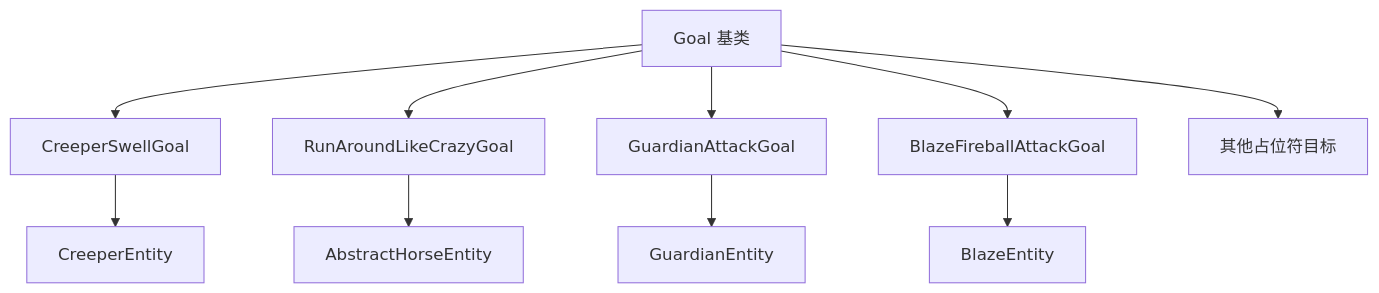
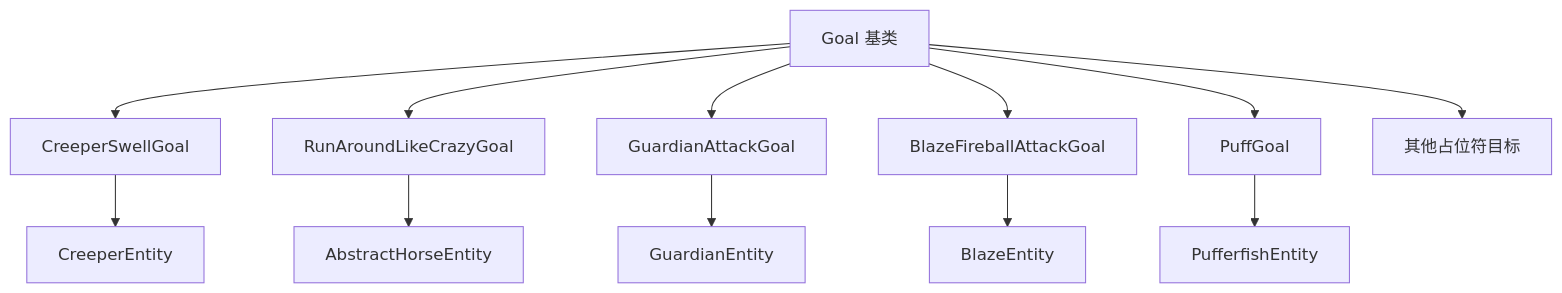
Before and after one commit to g122622/Cubium: the diagram in src/common/entity/ai/goal/goals/special/README.md, drawn with Mermaid. The commit also changed other lines of this file and 2 other files, not shown here.

First line of the commit message:
docs(entity): 更新河豚膨胀目标文档并增强测试用例

````diff
--- a/src/common/entity/ai/goal/goals/special/README.md
+++ b/src/common/entity/ai/goal/goals/special/README.md
@@ -233,13 +298,15 @@
 ```mermaid
 graph TD
     A[Goal 基类] --> B[CreeperSwellGoal]
     A --> C[RunAroundLikeCrazyGoal]
     A --> D[GuardianAttackGoal]
     A --> E[BlazeFireballAttackGoal]
-    A --> F[其他占位符目标]
+    A --> F[PuffGoal]
+    A --> G[其他占位符目标]
 
-    B --> G[CreeperEntity]
-    C --> H[AbstractHorseEntity]
-    D --> I[GuardianEntity]
-    E --> J[BlazeEntity]
+    B --> H[CreeperEntity]
+    C --> I[AbstractHorseEntity]
+    D --> J[GuardianEntity]
+    E --> K[BlazeEntity]
+    F --> L[PufferfishEntity]
 ```
````
